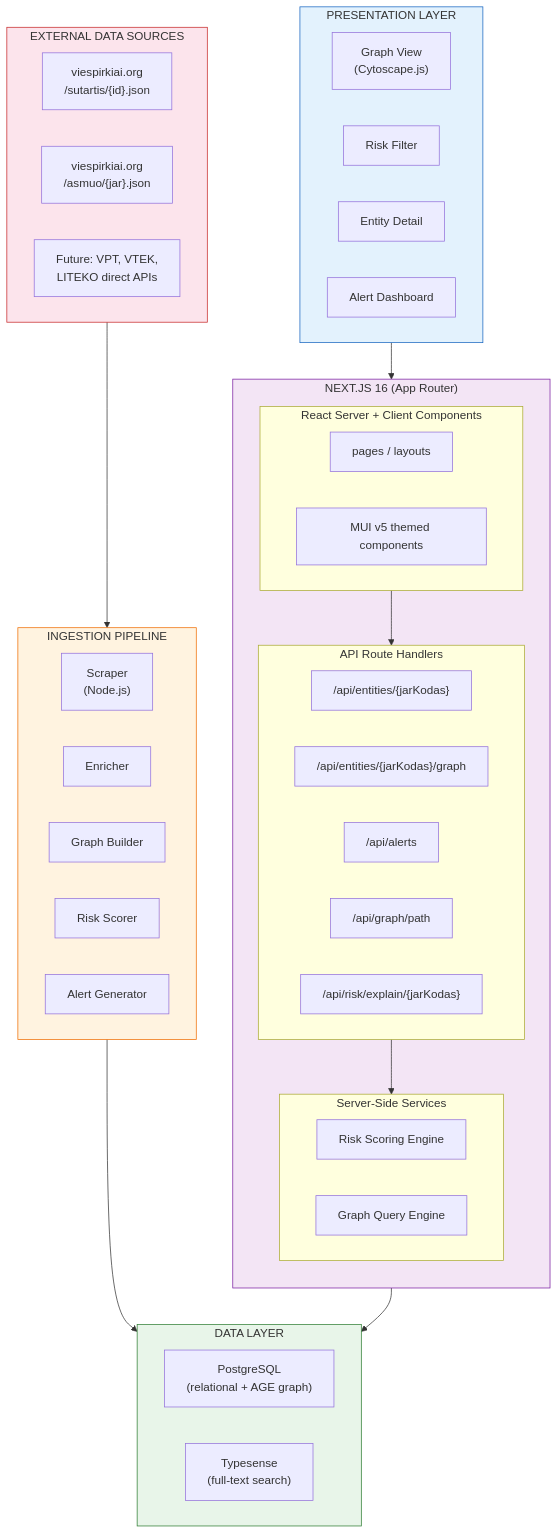
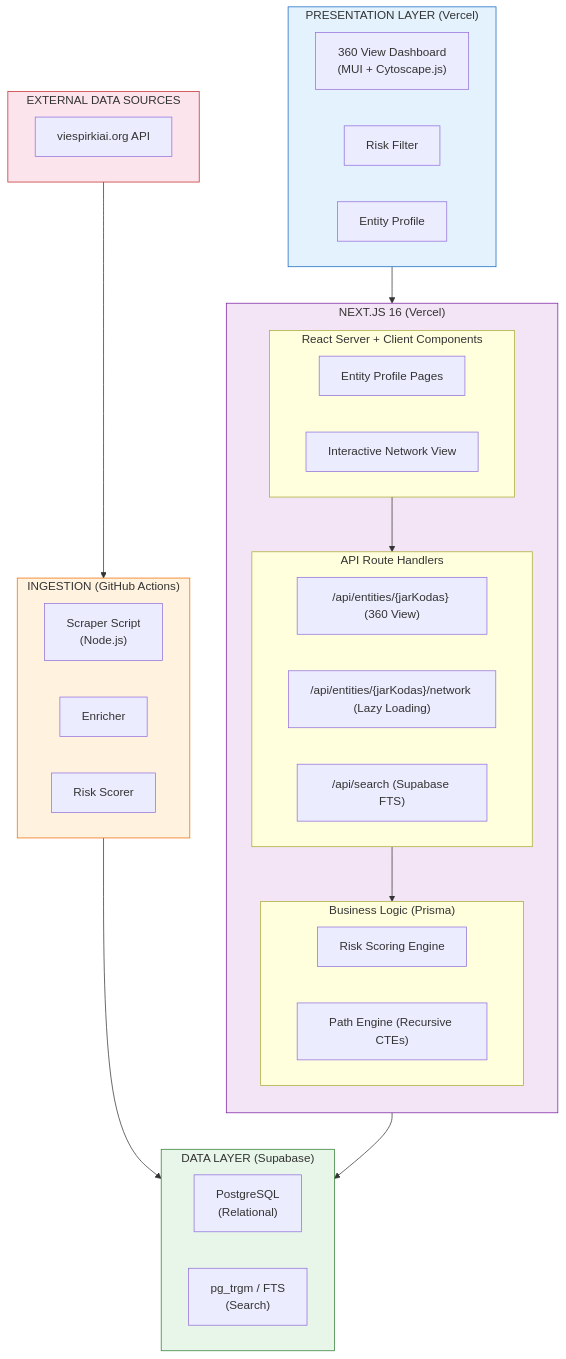
One commit to rimvydasb/risk-intelligence changed the second of 7 diagrams in risk-intelligence-sad.md. Above: the diagram before and after it, drawn with Mermaid. The commit also changed other lines of this file and 1 other file, not shown here.

````diff
--- a/risk-intelligence-sad.md
+++ b/risk-intelligence-sad.md
@@ -474,61 +474,55 @@
 ```mermaid
 graph TB
-    subgraph PRESENTATION["PRESENTATION LAYER"]
+    subgraph PRESENTATION["PRESENTATION LAYER (Vercel)"]
         direction LR
-        GV["Graph View<br/>(Cytoscape.js)"]
+        GV["360 View Dashboard<br/>(MUI + Cytoscape.js)"]
         RF["Risk Filter"]
-        ED["Entity Detail"]
-        AD["Alert Dashboard"]
+        ED["Entity Profile"]
     end
 
-    subgraph NEXTJS["NEXT.JS 16 (App Router)"]
+    subgraph NEXTJS["NEXT.JS 16 (Vercel)"]
         direction TB
         subgraph PAGES["React Server + Client Components"]
-            P1["pages / layouts"]
-            P2["MUI v5 themed components"]
+            P1["Entity Profile Pages"]
+            P2["Interactive Network View"]
         end
         subgraph API["API Route Handlers"]
-            A1["/api/entities/{jarKodas}"]
-            A2["/api/entities/{jarKodas}/graph"]
-            A3["/api/alerts"]
-            A4["/api/graph/path"]
-            A5["/api/risk/explain/{jarKodas}"]
+            A1["/api/entities/{jarKodas} (360 View)"]
+            A2["/api/entities/{jarKodas}/network (Lazy Loading)"]
+            A3["/api/search (Supabase FTS)"]
         end
-        subgraph SERVICES["Server-Side Services"]
+        subgraph SERVICES["Business Logic (Prisma)"]
             RS["Risk Scoring Engine"]
-            GQ["Graph Query Engine"]
+            PE["Path Engine (Recursive CTEs)"]
         end
     end
 
-    subgraph DATA["DATA LAYER"]
-        PG["PostgreSQL<br/>(relational + AGE graph)"]
-        TS["Typesense<br/>(full-text search)"]
+    subgraph DATA["DATA LAYER (Supabase)"]
+        PG["PostgreSQL<br/>(Relational)"]
+        FTS["pg_trgm / FTS<br/>(Search)"]
     end
 
-    subgraph INGESTION["INGESTION PIPELINE"]
+    subgraph INGESTION["INGESTION (GitHub Actions)"]
         direction LR
-        SC["Scraper<br/>(Node.js)"]
+        SC["Scraper Script<br/>(Node.js)"]
         EN["Enricher"]
-        GB["Graph Builder"]
         RSC["Risk Scorer"]
-        AG["Alert Generator"]
     end
 
     subgraph EXTERNAL["EXTERNAL DATA SOURCES"]
-        VP1["viespirkiai.org<br/>/sutartis/{id}.json"]
-        VP2["viespirkiai.org<br/>/asmuo/{jar}.json"]
-        FUT["Future: VPT, VTEK,<br/>LITEKO direct APIs"]
+        VP1["viespirkiai.org API"]
     end
 
     PRESENTATION --> NEXTJS
     PAGES --> API
     API --> SERVICES
     SERVICES --> DATA
     INGESTION --> DATA
     EXTERNAL --> INGESTION
+
     style PRESENTATION fill: #e3f2fd, stroke: #1565c0
     style NEXTJS fill: #f3e5f5, stroke: #7b1fa2
     style DATA fill: #e8f5e9, stroke: #2e7d32
     style INGESTION fill: #fff3e0, stroke: #ef6c00
     style EXTERNAL fill: #fce4ec, stroke: #c62828
 ```
````
